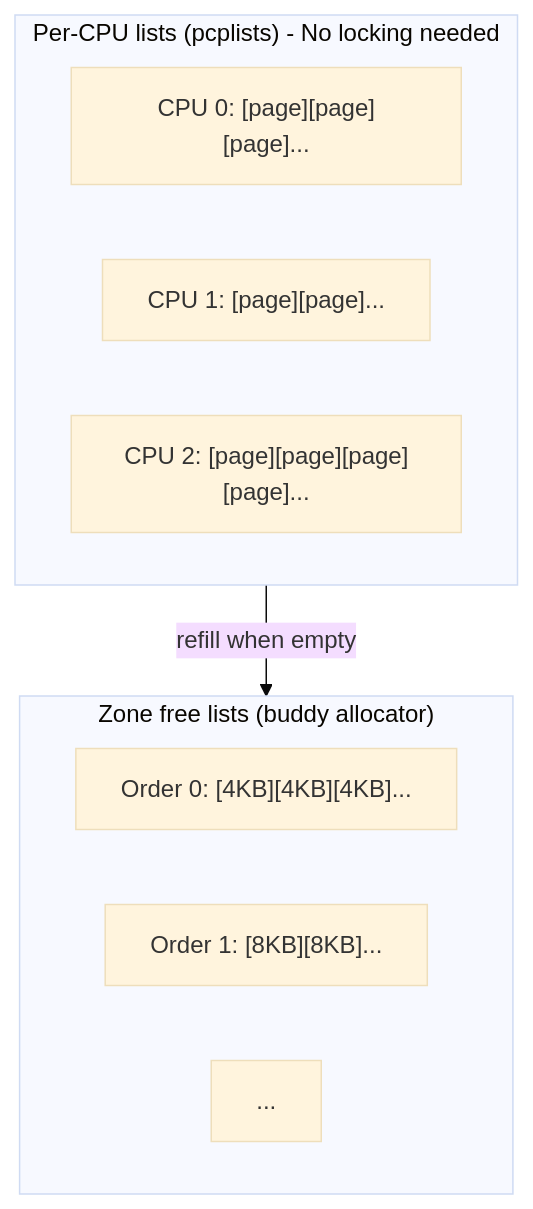
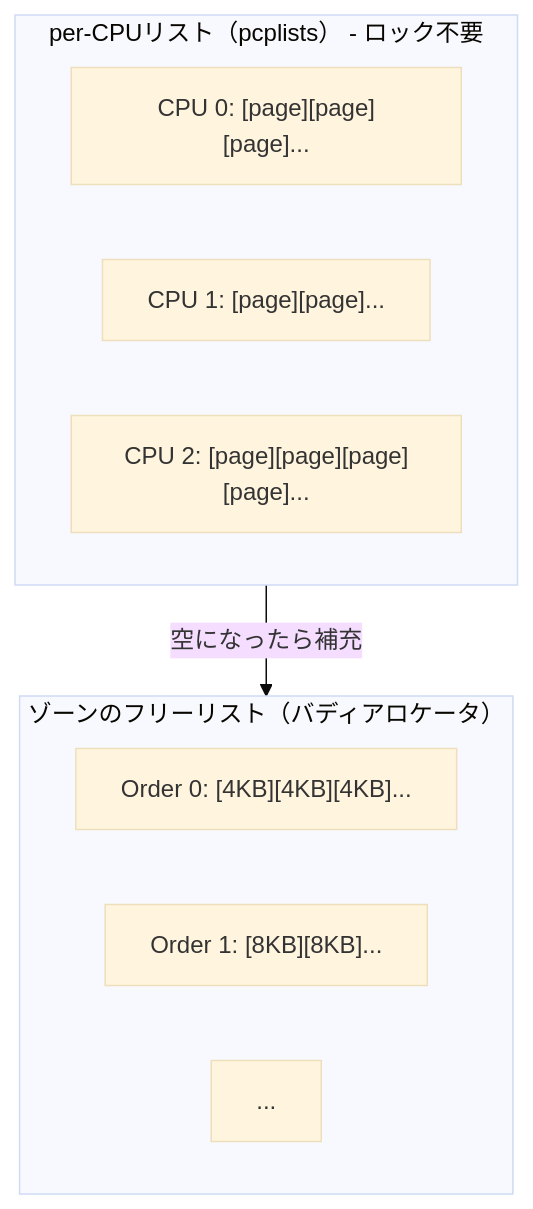
Before and after one commit to doguto/linux-kernel-internals-jp: the third of 4 diagrams in docs/mm/life-of-malloc.md, drawn with Mermaid (base theme). The commit also changed other lines of this file and 12 other files, not shown here.

````diff
--- a/docs/mm/life-of-malloc.md
+++ b/docs/mm/life-of-malloc.md
@@ -275,16 +275,16 @@
 ```mermaid
 flowchart TD
-    subgraph pcplists["Per-CPU lists (pcplists) - No locking needed"]
+    subgraph pcplists["per-CPUリスト（pcplists） - ロック不要"]
         CPU0["CPU 0: [page][page][page]..."]
         CPU1["CPU 1: [page][page]..."]
         CPU2["CPU 2: [page][page][page][page]..."]
     end
 
-    pcplists -->|"refill when empty"| buddy
+    pcplists -->|"空になったら補充"| buddy
 
-    subgraph buddy["Zone free lists (buddy allocator)"]
+    subgraph buddy["ゾーンのフリーリスト（バディアロケータ）"]
         O0["Order 0: [4KB][4KB][4KB]..."]
         O1["Order 1: [8KB][8KB]..."]
         O2["..."]
     end
 ```
````
